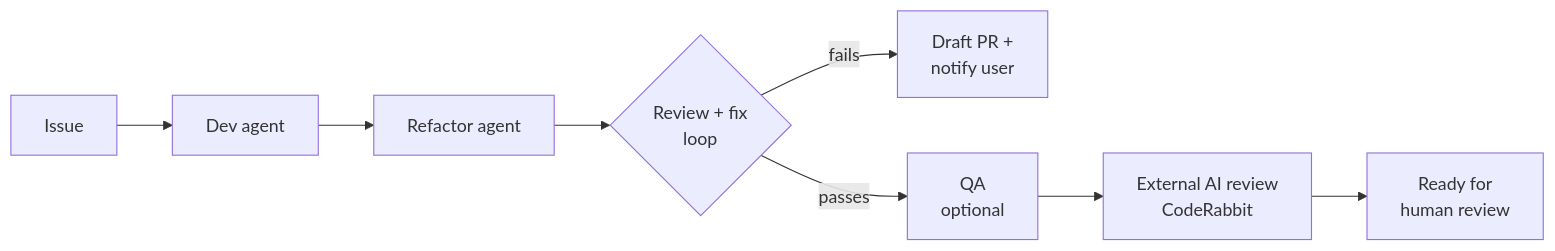
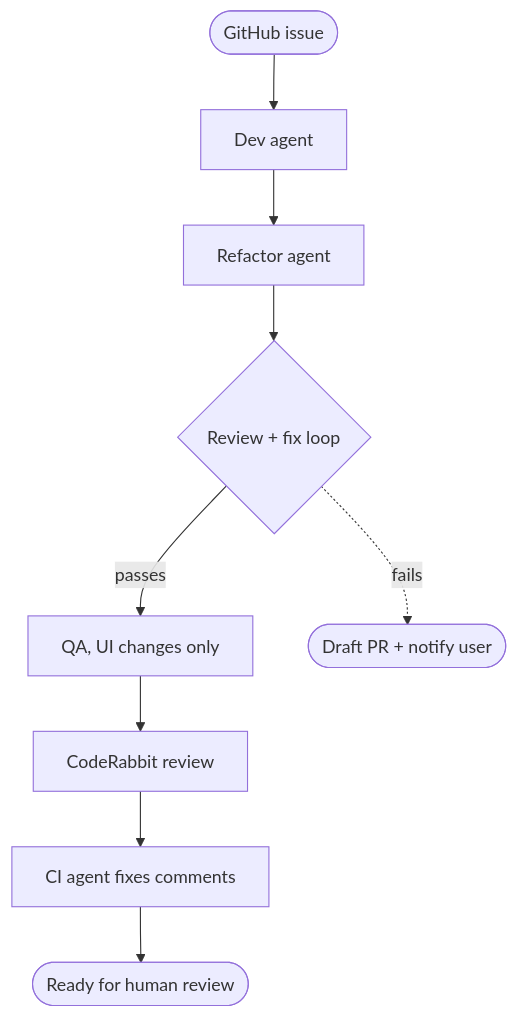
Before and after one commit to tyler-mcdonald/skills: the diagram in README.md, drawn with Mermaid.

Commit message:
Polish Orchestrator flowchart

````diff
--- a/README.md
+++ b/README.md
@@ -11,10 +11,11 @@
 ```mermaid
-flowchart LR
-    A[Issue] --> B[Dev agent]
+flowchart TD
+    A([GitHub issue]) --> B[Dev agent]
     B --> C[Refactor agent]
-    C --> D{Review + fix<br/>loop}
-    D -- fails --> X[Draft PR +<br/>notify user]
-    D -- passes --> E[QA<br/>optional]
-    E --> F[External AI review<br/>CodeRabbit]
-    F --> G[Ready for<br/>human review]
+    C --> D{Review + fix loop}
+    D -->|passes| E[QA, UI changes only]
+    D -.->|fails| X([Draft PR + notify user])
+    E --> F[CodeRabbit review]
+    F --> G[CI agent fixes comments]
+    G --> H([Ready for human review])
 ```
````
